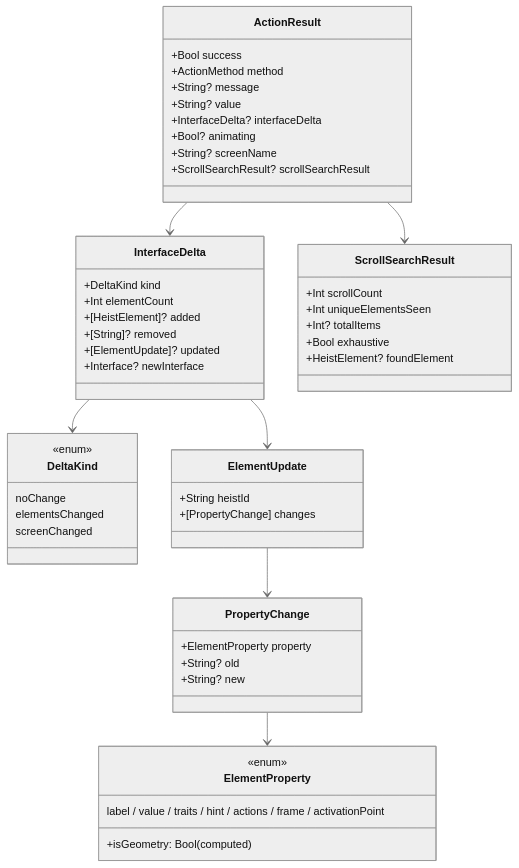
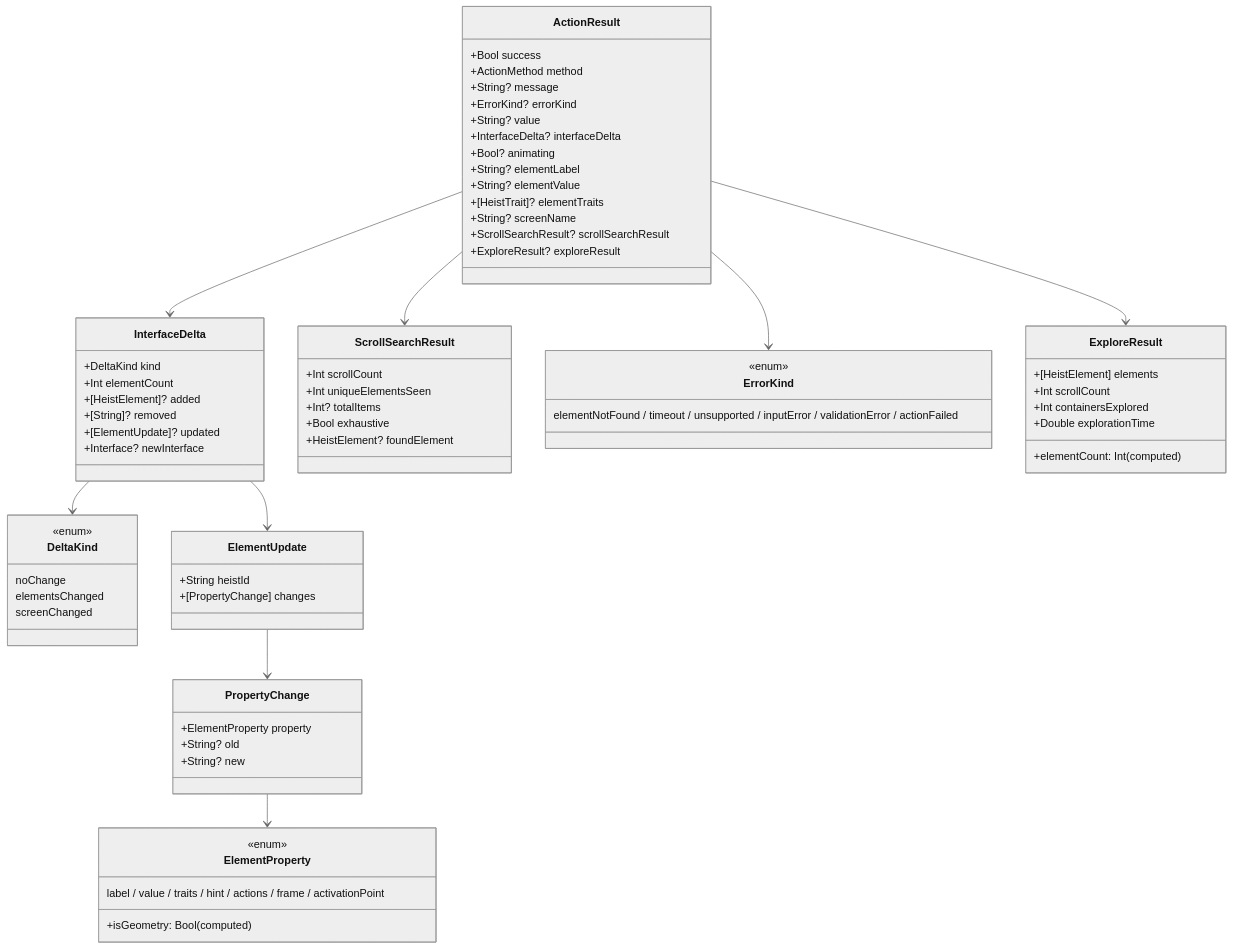
One commit to RoyalPineapple/TheButtonHeist changed the fifth of 7 diagrams in docs/dossiers/01-THESCORE.md. Above: the diagram before and after it, drawn with Mermaid (neutral theme). The commit also changed other lines of this file and 17 other files, not shown here.

````diff
--- a/docs/dossiers/01-THESCORE.md
+++ b/docs/dossiers/01-THESCORE.md
@@ -188,61 +187,81 @@
 ```mermaid
 classDiagram
     class ActionResult {
         +Bool success
         +ActionMethod method
         +String? message
+        +ErrorKind? errorKind
         +String? value
         +InterfaceDelta? interfaceDelta
         +Bool? animating
+        +String? elementLabel
+        +String? elementValue
+        +[HeistTrait]? elementTraits
         +String? screenName
         +ScrollSearchResult? scrollSearchResult
+        +ExploreResult? exploreResult
     }
 
     class InterfaceDelta {
         +DeltaKind kind
         +Int elementCount
         +[HeistElement]? added
         +[String]? removed
         +[ElementUpdate]? updated
         +Interface? newInterface
     }
 
     class DeltaKind {
         <<enum>>
         noChange
         elementsChanged
         screenChanged
     }
 
     class ScrollSearchResult {
         +Int scrollCount
         +Int uniqueElementsSeen
         +Int? totalItems
         +Bool exhaustive
         +HeistElement? foundElement
     }
 
     class ElementUpdate {
         +String heistId
         +[PropertyChange] changes
     }
 
     class PropertyChange {
         +ElementProperty property
         +String? old
         +String? new
     }
 
     class ElementProperty {
         <<enum>>
         label / value / traits / hint / actions / frame / activationPoint
         +isGeometry: Bool (computed)
     }
 
+    class ErrorKind {
+        <<enum>>
+        elementNotFound / timeout / unsupported / inputError / validationError / actionFailed
+    }
+
+    class ExploreResult {
+        +[HeistElement] elements
+        +Int scrollCount
+        +Int containersExplored
+        +Double explorationTime
+        +elementCount: Int (computed)
+    }
+
+    ActionResult --> ErrorKind
     ActionResult --> InterfaceDelta
     ActionResult --> ScrollSearchResult
+    ActionResult --> ExploreResult
     InterfaceDelta --> DeltaKind
     InterfaceDelta --> ElementUpdate
     ElementUpdate --> PropertyChange
     PropertyChange --> ElementProperty
 ```
````
